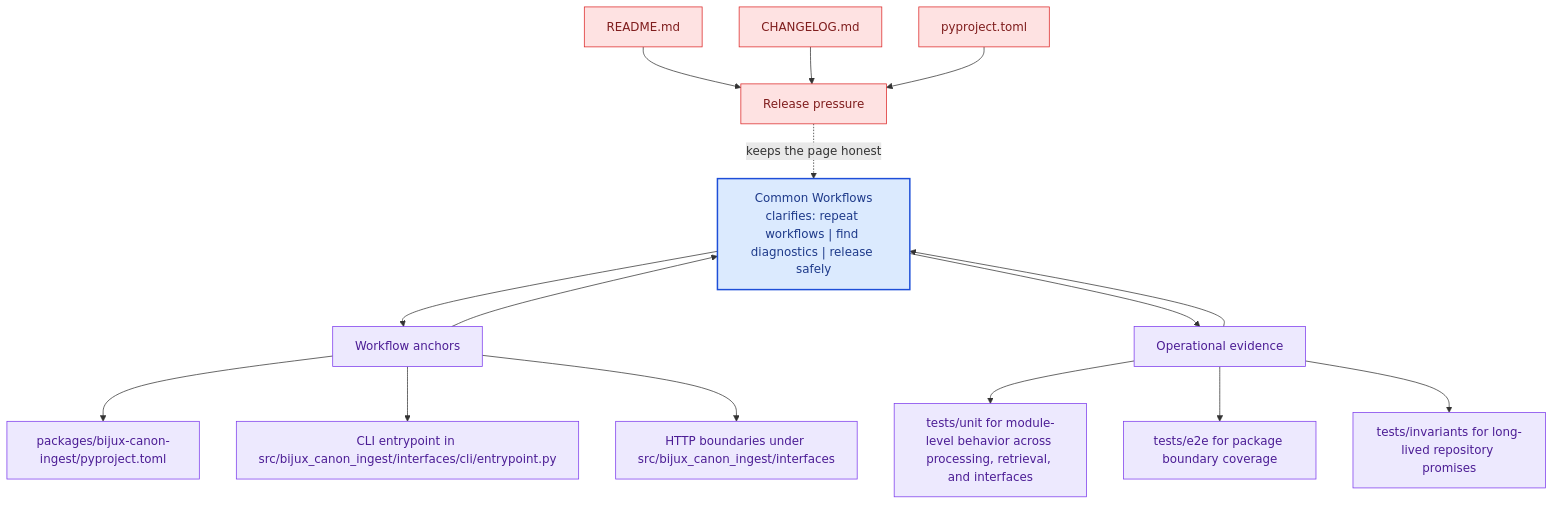
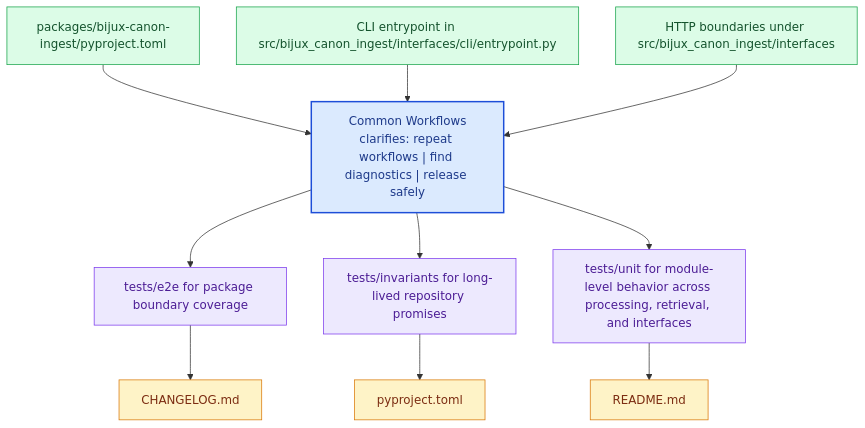
Before and after one commit to bijux/bijux-canon: the diagram in docs/bijux-canon-ingest/operations/common-workflows.md, drawn with Mermaid. The commit also changed other lines of this file and 281 other files, not shown here.

Commit message:
docs(diagrams): replace repeated mermaid scaffolds with page-specific summaries

````diff
--- a/docs/bijux-canon-ingest/operations/common-workflows.md
+++ b/docs/bijux-canon-ingest/operations/common-workflows.md
@@ -67,41 +22,31 @@
 ```mermaid
 flowchart TB
-    promise["Common Workflows<br/>clarifies: repeat workflows | find diagnostics | release safely"]
-    classDef promise fill:#dbeafe,stroke:#1d4ed8,color:#1e3a8a,stroke-width:2px;
-    classDef driver fill:#dcfce7,stroke:#16a34a,color:#14532d;
-    classDef constraint fill:#fee2e2,stroke:#dc2626,color:#7f1d1d;
-    classDef ground fill:#ede9fe,stroke:#7c3aed,color:#4c1d95;
-    focus1["Workflow anchors"]
-    focus1 --> promise
-    promise --> focus1
-    focus1_1["packages/bijux-canon-ingest/pyproject.toml"]
-    focus1 --> focus1_1
-    focus1_2["CLI entrypoint in src/bijux_canon_ingest/interfaces/cli/entrypoint.py"]
-    focus1 --> focus1_2
-    focus1_3["HTTP boundaries under src/bijux_canon_ingest/interfaces"]
-    focus1 --> focus1_3
-    class focus1 ground;
-    class focus1_1,focus1_2,focus1_3 ground;
-    focus2["Operational evidence"]
-    focus2 --> promise
-    promise --> focus2
-    focus2_1["tests/unit for module-level behavior across processing, retrieval, and interfaces"]
-    focus2 --> focus2_1
-    focus2_2["tests/e2e for package boundary coverage"]
-    focus2 --> focus2_2
-    focus2_3["tests/invariants for long-lived repository promises"]
-    focus2 --> focus2_3
-    class focus2 ground;
-    class focus2_1,focus2_2,focus2_3 ground;
-    focus3["Release pressure"]
-    focus3 -.keeps the page honest.-> promise
-    focus3_1["README.md"]
-    focus3_1 --> focus3
-    focus3_2["CHANGELOG.md"]
-    focus3_2 --> focus3
-    focus3_3["pyproject.toml"]
-    focus3_3 --> focus3
-    class focus3 constraint;
-    class focus3_1,focus3_2,focus3_3 constraint;
-    class promise promise;
+    page["Common Workflows<br/>clarifies: repeat workflows | find diagnostics | release safely"]
+    classDef page fill:#dbeafe,stroke:#1d4ed8,color:#1e3a8a,stroke-width:2px;
+    classDef positive fill:#dcfce7,stroke:#16a34a,color:#14532d;
+    classDef caution fill:#fee2e2,stroke:#dc2626,color:#7f1d1d;
+    classDef anchor fill:#ede9fe,stroke:#7c3aed,color:#4c1d95;
+    classDef action fill:#fef3c7,stroke:#d97706,color:#7c2d12;
+    step1["packages/bijux-canon-ingest/pyproject.toml"]
+    step1 --> page
+    step2["CLI entrypoint in src/bijux_canon_ingest/interfaces/cli/entrypoint.py"]
+    step2 --> page
+    step3["HTTP boundaries under src/bijux_canon_ingest/interfaces"]
+    step3 --> page
+    run1["tests/e2e for package boundary coverage"]
+    page --> run1
+    run2["tests/invariants for long-lived repository promises"]
+    page --> run2
+    run3["tests/unit for module-level behavior across processing, retrieval, and interfaces"]
+    page --> run3
+    release1["CHANGELOG.md"]
+    run1 --> release1
+    release2["pyproject.toml"]
+    run2 --> release2
+    release3["README.md"]
+    run3 --> release3
+    class page page;
+    class step1,step2,step3 positive;
+    class run1,run2,run3 anchor;
+    class release1,release2,release3 action;
 ```
````
